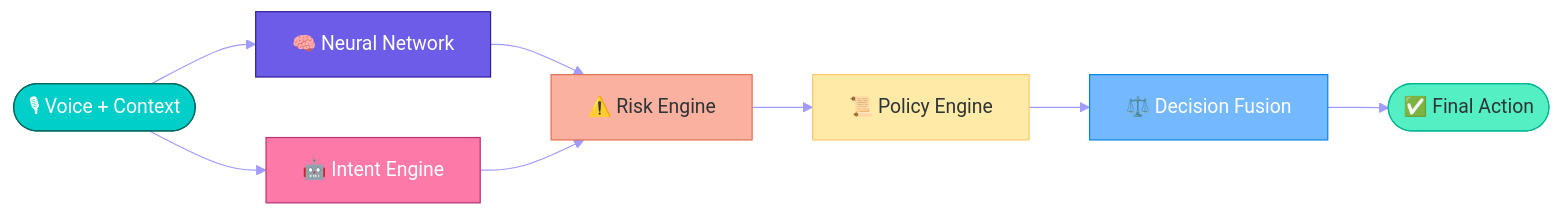
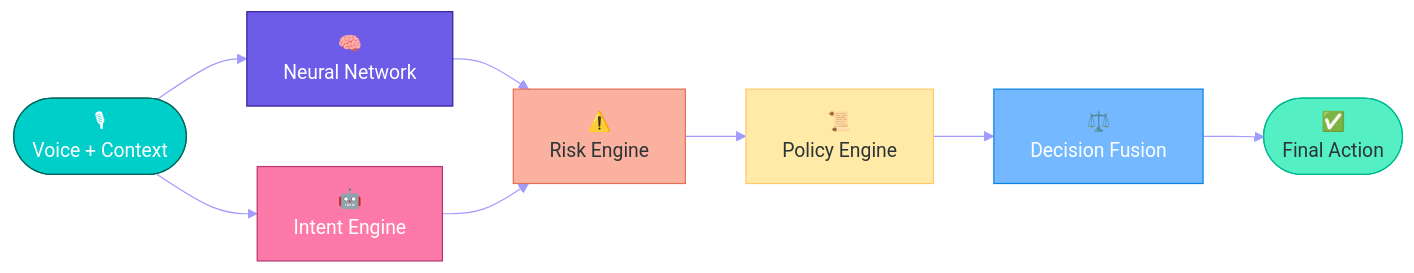
Before and after one commit to couder-04/NeuralAuth: the first of 15 diagrams in README.md, drawn with Mermaid. The commit also changed other lines of this file, not shown here.

````diff
--- a/README.md
+++ b/README.md
@@ -68,19 +68,19 @@
 ```mermaid
 %%{init: {'theme':'base', 'themeVariables': {'primaryColor':'#6C5CE7','primaryTextColor':'#fff','primaryBorderColor':'#4834d4','lineColor':'#a29bfe','secondaryColor':'#00b894','tertiaryColor':'#fdcb6e'}}}%%
 flowchart LR
-    A(["🎙 Voice + Context"]) --> B["🧠 Neural Network"]
-    A --> C["🤖 Intent Engine"]
-    B --> D["⚠️ Risk Engine"]
+    A(["🎙<br/>Voice + Context"]) --> B["🧠<br/>Neural Network"]
+    A --> C["🤖<br/>Intent Engine"]
+    B --> D["⚠️<br/>Risk Engine"]
     C --> D
-    D --> E["📜 Policy Engine"]
-    E --> F["⚖️ Decision Fusion"]
-    F --> G(["✅ Final Action"])
+    D --> E["📜<br/>Policy Engine"]
+    E --> F["⚖️<br/>Decision Fusion"]
+    F --> G(["✅<br/>Final Action"])
 
     style A fill:#00cec9,stroke:#00695c,color:#fff
     style B fill:#6c5ce7,stroke:#341f97,color:#fff
     style C fill:#fd79a8,stroke:#b53471,color:#fff
     style D fill:#fab1a0,stroke:#e17055,color:#2d3436
     style E fill:#ffeaa7,stroke:#fdcb6e,color:#2d3436
     style F fill:#74b9ff,stroke:#0984e3,color:#fff
     style G fill:#55efc4,stroke:#00b894,color:#2d3436
 ```
````
